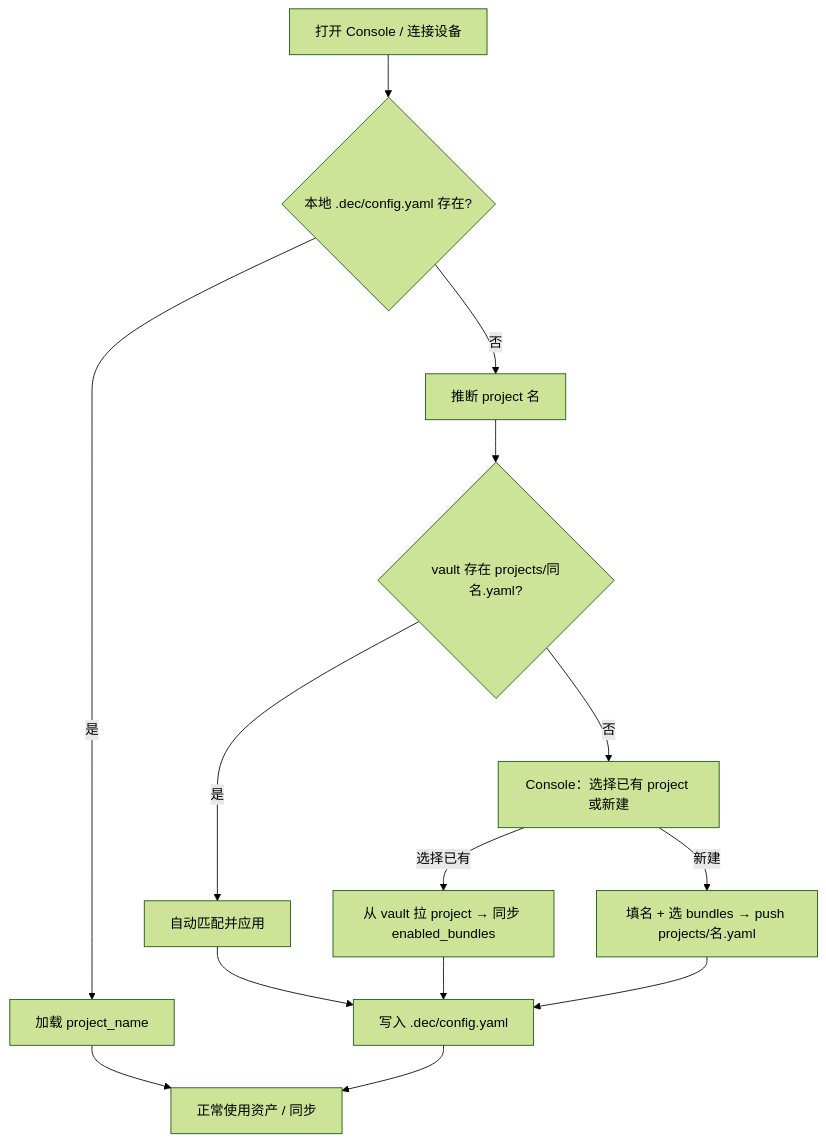
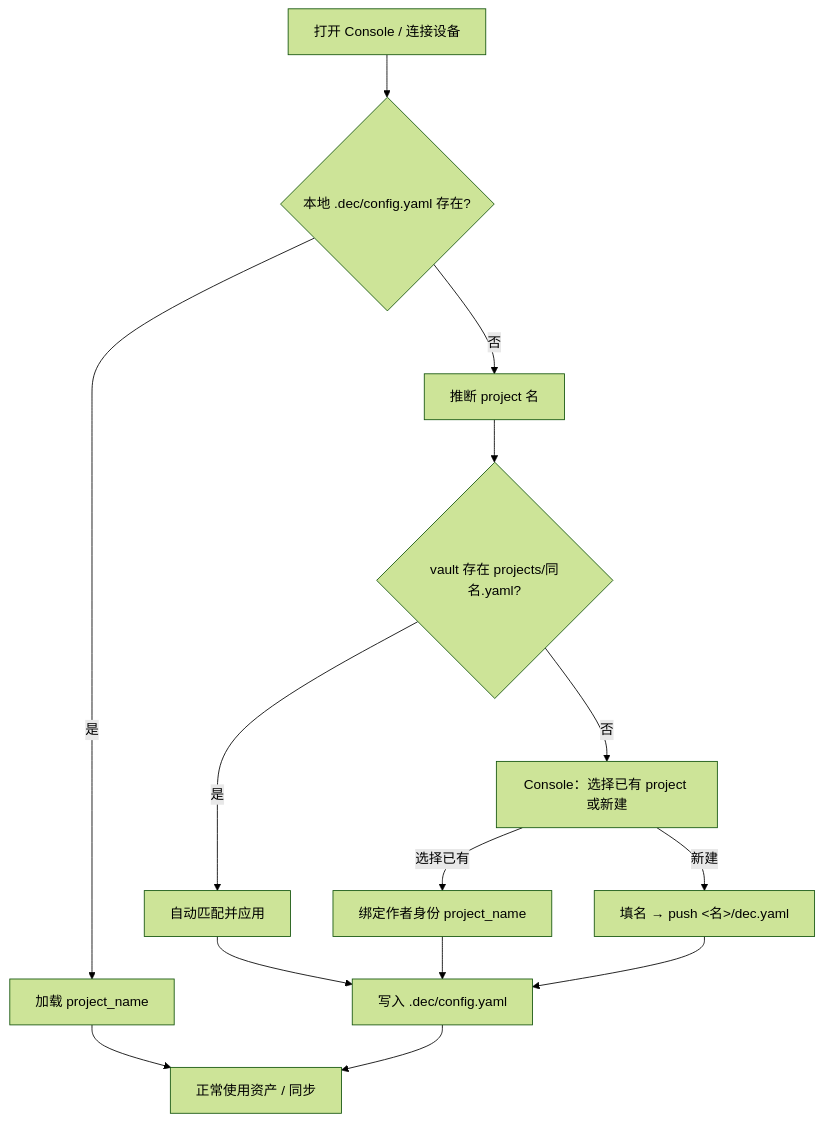
Before and after one commit to shichao402/Dec: the diagram in Documents/ARCHITECTURE.md, drawn with Mermaid (forest theme). The commit also changed other lines of this file and 121 other files, not shown here.

````diff
--- a/Documents/ARCHITECTURE.md
+++ b/Documents/ARCHITECTURE.md
@@ -190,16 +200,16 @@
 ```mermaid
 flowchart TD
   A[打开 Console / 连接设备] --> B{本地 .dec/config.yaml 存在?}
   B -->|否| C[推断 project 名]
   C --> D{vault 存在 projects/同名.yaml?}
   D -->|是| E[自动匹配并应用]
   D -->|否| F[Console：选择已有 project 或新建]
   B -->|是| G[加载 project_name]
   E --> H[写入 .dec/config.yaml]
-  F -->|选择已有| I[从 vault 拉 project → 同步 enabled_bundles]
-  F -->|新建| J[填名 + 选 bundles → push projects/名.yaml]
+  F -->|选择已有| I[绑定作者身份 project_name]
+  F -->|新建| J[填名 → push <名>/dec.yaml]
   I --> H
   J --> H
   G --> K[正常使用资产 / 同步]
   H --> K
 ```
````
